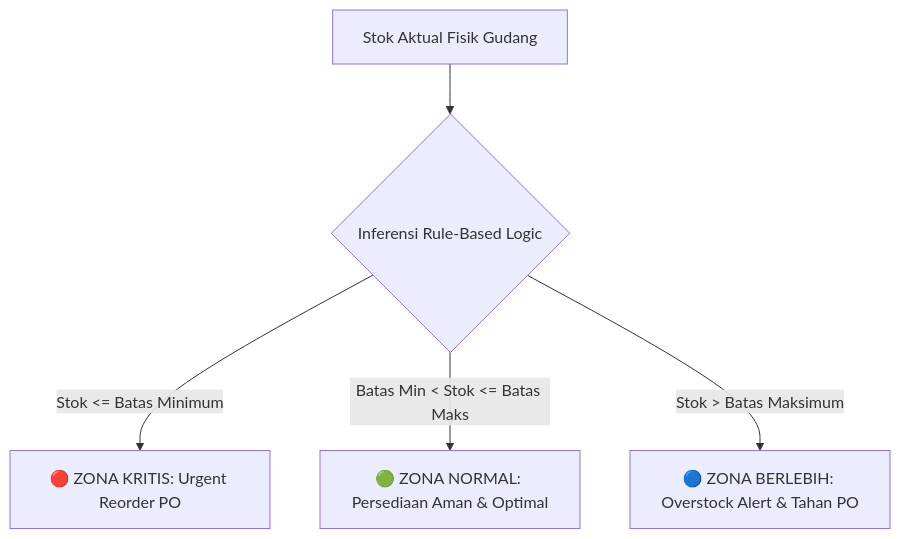
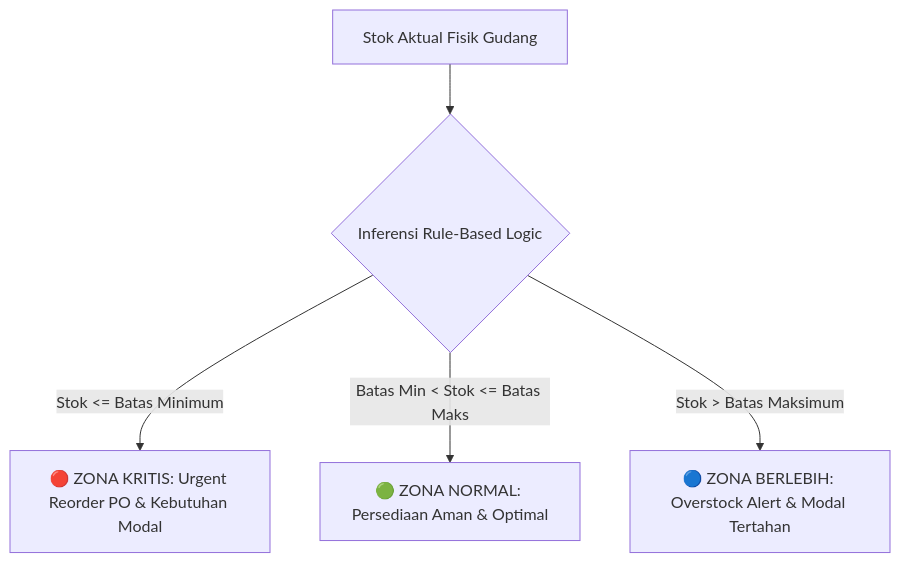
One commit to ikhsanoctav/Sanartex_Inventory changed the diagram in README.md. Above: the diagram before and after it, drawn with Mermaid. The commit also changed other lines of this file and 28 other files, not shown here.

````diff
--- a/README.md
+++ b/README.md
@@ -27,7 +27,7 @@
 ```mermaid
 graph TD
     A[Stok Aktual Fisik Gudang] --> B{Inferensi Rule-Based Logic}
-    B -->|Stok <= Batas Minimum| C[🔴 ZONA KRITIS: Urgent Reorder PO]
+    B -->|Stok <= Batas Minimum| C[🔴 ZONA KRITIS: Urgent Reorder PO & Kebutuhan Modal]
     B -->|Batas Min < Stok <= Batas Maks| D[🟢 ZONA NORMAL: Persediaan Aman & Optimal]
-    B -->|Stok > Batas Maksimum| E[🔵 ZONA BERLEBIH: Overstock Alert & Tahan PO]
+    B -->|Stok > Batas Maksimum| E[🔵 ZONA BERLEBIH: Overstock Alert & Modal Tertahan]
 ```
````
